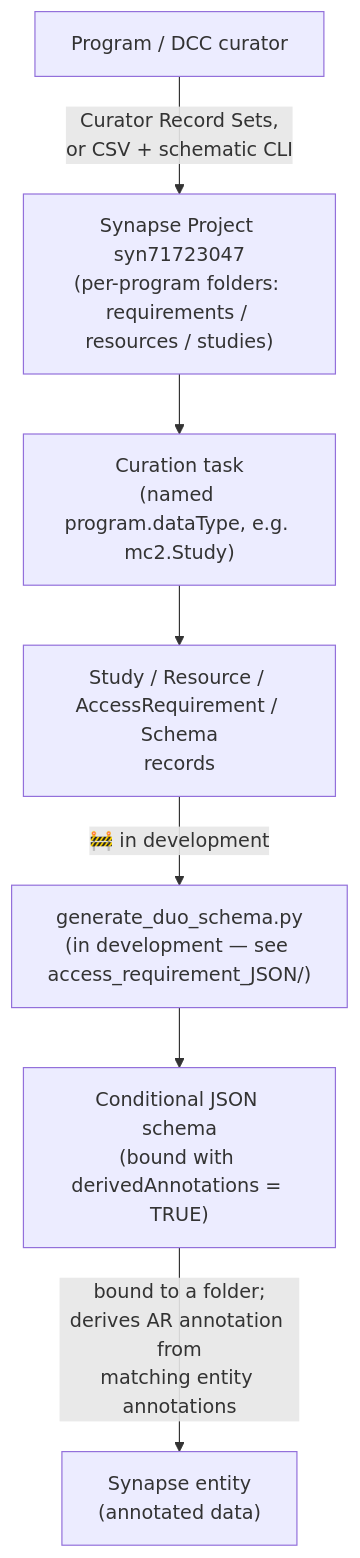
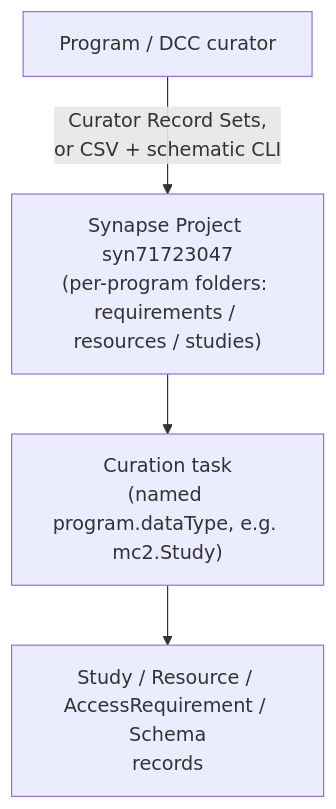
One commit to mc2-center/governanceDUO changed the diagram in docs/use-cases.md. Above: the diagram before and after it, drawn with Mermaid. The commit also changed other lines of this file and 5 other files, not shown here.

````diff
--- a/docs/use-cases.md
+++ b/docs/use-cases.md
@@ -72,17 +79,11 @@
 ```mermaid
 flowchart TD
     curator["Program / DCC curator"]
     synproj["Synapse Project syn71723047\n(per-program folders: requirements / resources / studies)"]
     task["Curation task\n(named program.dataType, e.g. mc2.Study)"]
     records["Study / Resource / AccessRequirement / Schema\nrecords"]
-    condgen["generate_duo_schema.py\n(in development — see access_requirement_JSON/)"]
-    condschema["Conditional JSON schema\n(bound with derivedAnnotations = TRUE)"]
-    entity["Synapse entity\n(annotated data)"]
 
     curator -->|"Curator Record Sets,\nor CSV + schematic CLI"| synproj
     synproj --> task
     task --> records
-    records -->|"🚧 in development"| condgen
-    condgen --> condschema
-    condschema -->|"bound to a folder;\nderives AR annotation from\nmatching entity annotations"| entity
 ```
````
